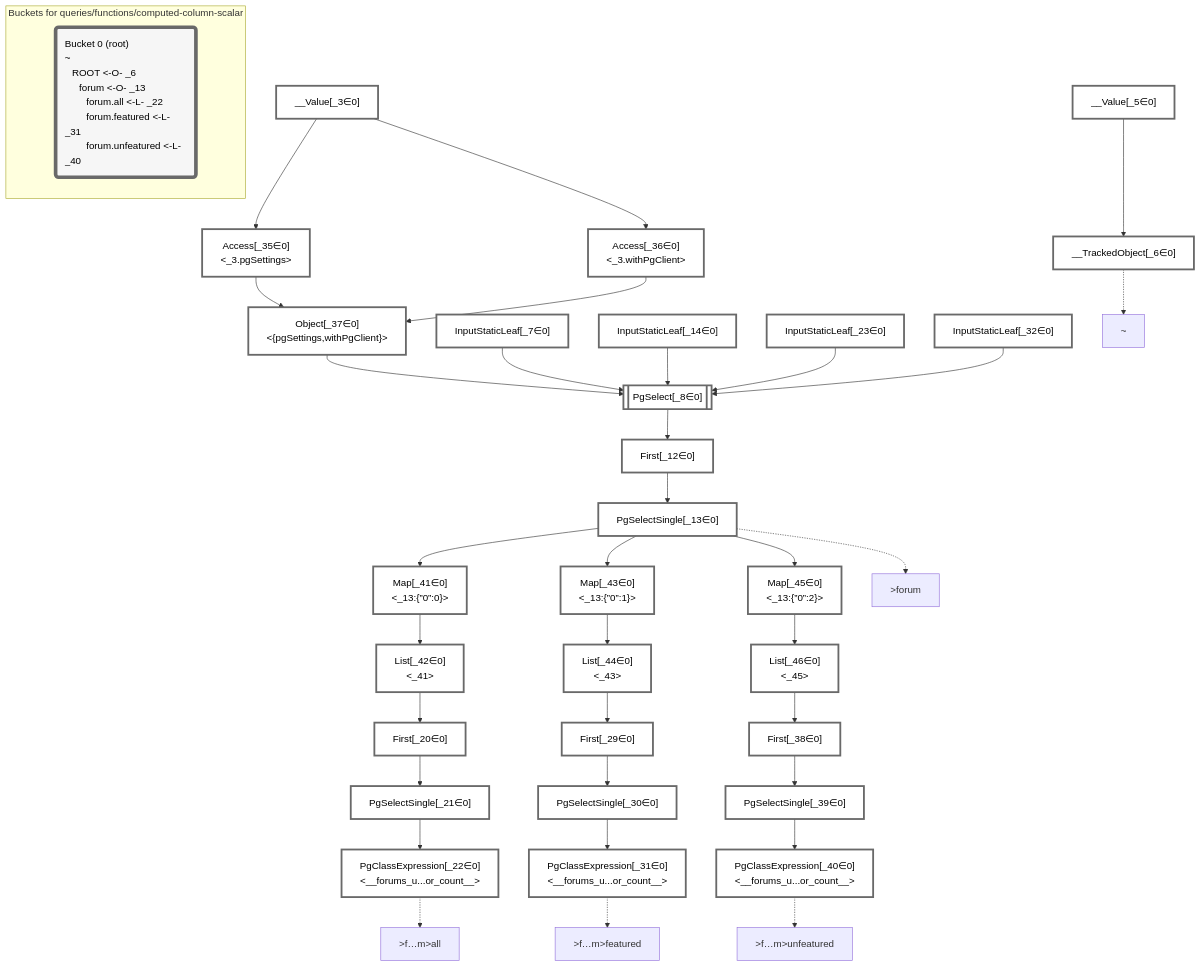
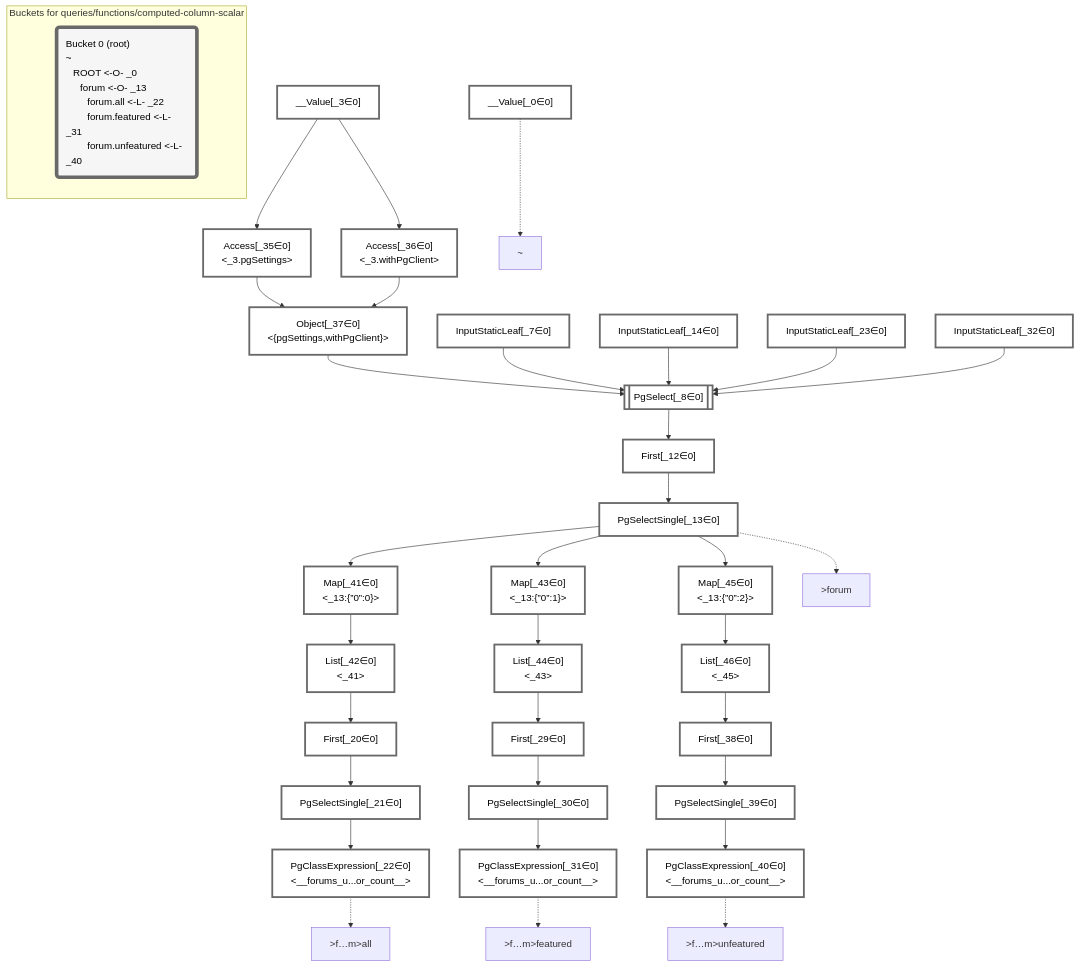
Before and after one commit to graphile/crystal: the diagram in packages/dataplan-pg/__tests__/queries/functions/computed-column-scalar.deopt.mermaid.md, drawn with Mermaid. The commit also changed 193 other files, not shown here.

Commit message:
Update test plan snapshots with new root plan

````diff
--- a/packages/dataplan-pg/__tests__/queries/functions/computed-column-scalar.deopt.mermaid.md
+++ b/packages/dataplan-pg/__tests__/queries/functions/computed-column-scalar.deopt.mermaid.md
@@ -8,9 +8,8 @@
 
 
     %% define plans
+    __Value_0["__Value[_0∈0]"]:::plan
     __Value_3["__Value[_3∈0]<br /><context>"]:::plan
-    __Value_5["__Value[_5∈0]<br /><rootValue>"]:::plan
-    __TrackedObject_6["__TrackedObject[_6∈0]"]:::plan
     InputStaticLeaf_7["InputStaticLeaf[_7∈0]"]:::plan
     PgSelect_8[["PgSelect[_8∈0]<br /><forums>"]]:::plan
     First_12["First[_12∈0]"]:::plan
@@ -38,7 +37,6 @@
     List_46["List[_46∈0]<br /><_45>"]:::plan
 
     %% plan dependencies
-    __Value_5 --> __TrackedObject_6
     Object_37 --> PgSelect_8
     InputStaticLeaf_7 --> PgSelect_8
     InputStaticLeaf_14 --> PgSelect_8
@@ -67,8 +65,8 @@
     Map_45 --> List_46
 
     %% plan-to-path relationships
-    P_6["~"]
-    __TrackedObject_6 -.-> P_6
+    P_0["~"]
+    __Value_0 -.-> P_0
     P_13[">forum"]
     PgSelectSingle_13 -.-> P_13
     P_22[">f…m>all"]
@@ -80,10 +78,10 @@
 
     %% allocate buckets
     classDef bucket0 stroke:#696969
-    class __Value_3,__Value_5,__TrackedObject_6,InputStaticLeaf_7,PgSelect_8,First_12,PgSelectSingle_13,InputStaticLeaf_14,First_20,PgSelectSingle_21,PgClassExpression_22,InputStaticLeaf_23,First_29,PgSelectSingle_30,PgClassExpression_31,InputStaticLeaf_32,Access_35,Access_36,Object_37,First_38,PgSelectSingle_39,PgClassExpression_40,Map_41,List_42,Map_43,List_44,Map_45,List_46 bucket0
+    class __Value_0,__Value_3,InputStaticLeaf_7,PgSelect_8,First_12,PgSelectSingle_13,InputStaticLeaf_14,First_20,PgSelectSingle_21,PgClassExpression_22,InputStaticLeaf_23,First_29,PgSelectSingle_30,PgClassExpression_31,InputStaticLeaf_32,Access_35,Access_36,Object_37,First_38,PgSelectSingle_39,PgClassExpression_40,Map_41,List_42,Map_43,List_44,Map_45,List_46 bucket0
 
     subgraph "Buckets for queries/functions/computed-column-scalar"
-    Bucket0("Bucket 0 (root)<br />~<br />⠀ROOT <-O- _6<br />⠀⠀forum <-O- _13<br />⠀⠀⠀forum.all <-L- _22<br />⠀⠀⠀forum.featured <-L- _31<br />⠀⠀⠀forum.unfeatured <-L- _40"):::bucket
+    Bucket0("Bucket 0 (root)<br />~<br />⠀ROOT <-O- _0<br />⠀⠀forum <-O- _13<br />⠀⠀⠀forum.all <-L- _22<br />⠀⠀⠀forum.featured <-L- _31<br />⠀⠀⠀forum.unfeatured <-L- _40"):::bucket
     style Bucket0 stroke:#696969
     end
 ```
````
